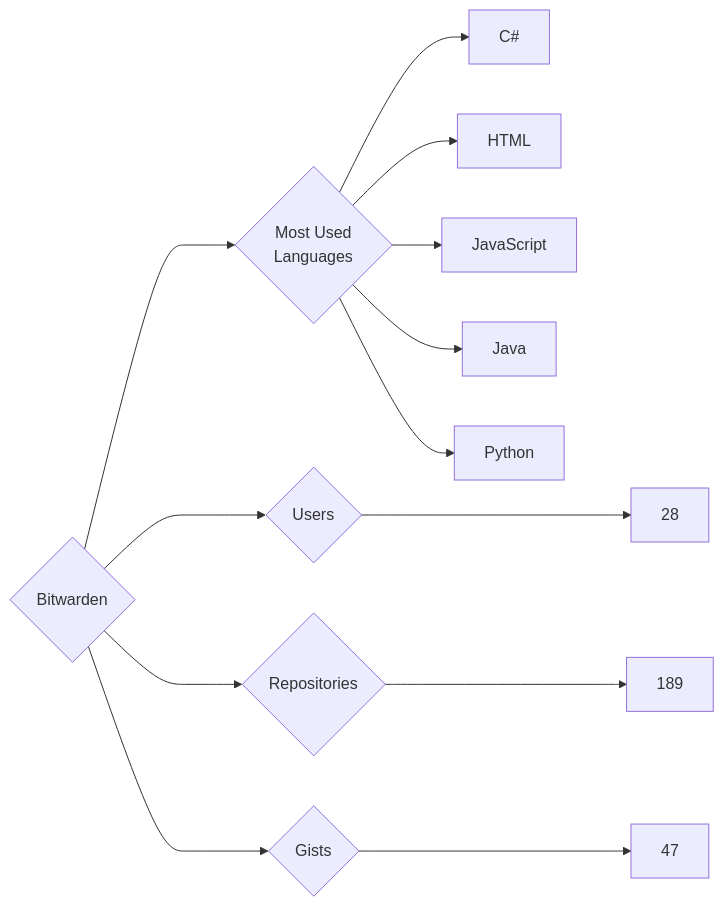
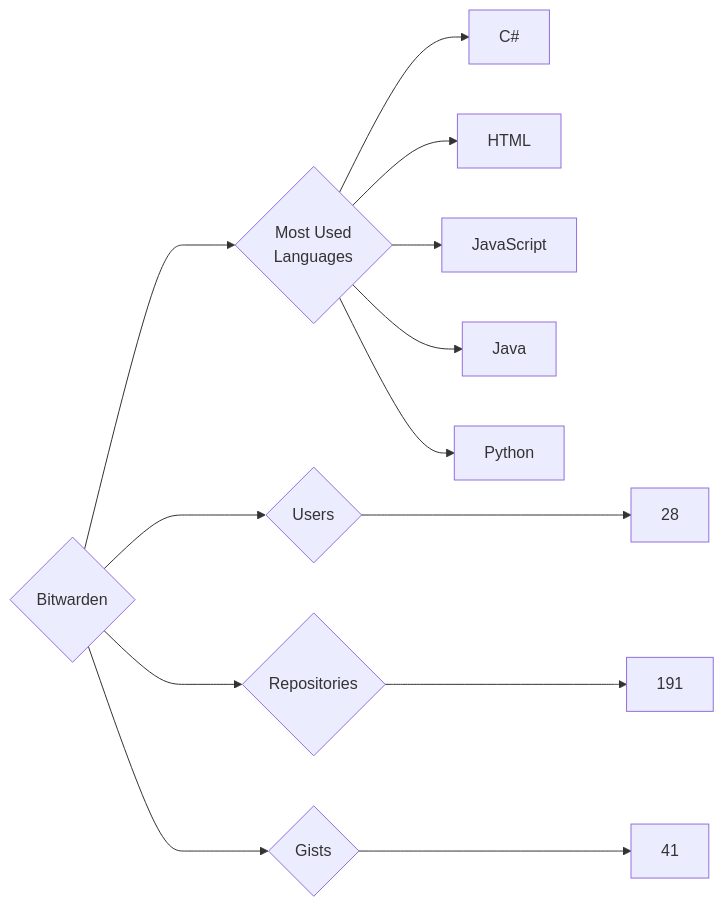
Before and after one commit to trickest/insiders: the diagram in targets/Bitwarden/README.md, drawn with Mermaid. The commit also changed 872 other files, not shown here.

````diff
--- a/targets/Bitwarden/README.md
+++ b/targets/Bitwarden/README.md
@@ -3,13 +3,13 @@
 ```mermaid
 graph LR
 COMPANY_NAME{Bitwarden}
 COMPANY_NAME ---> U{Users} ---> UN[28]
-COMPANY_NAME ---> R{Repositories} ---> RN[189]
-COMPANY_NAME ---> G{Gists} ---> GN[47]
+COMPANY_NAME ---> R{Repositories} ---> RN[191]
+COMPANY_NAME ---> G{Gists} ---> GN[41]
 COMPANY_NAME ---> ML{Most Used<br>Languages}
 ML --> C#[C#]
 ML --> HTML[HTML]
 ML --> JavaScript[JavaScript]
 ML --> Java[Java]
 ML --> Python[Python]
 ```
````
